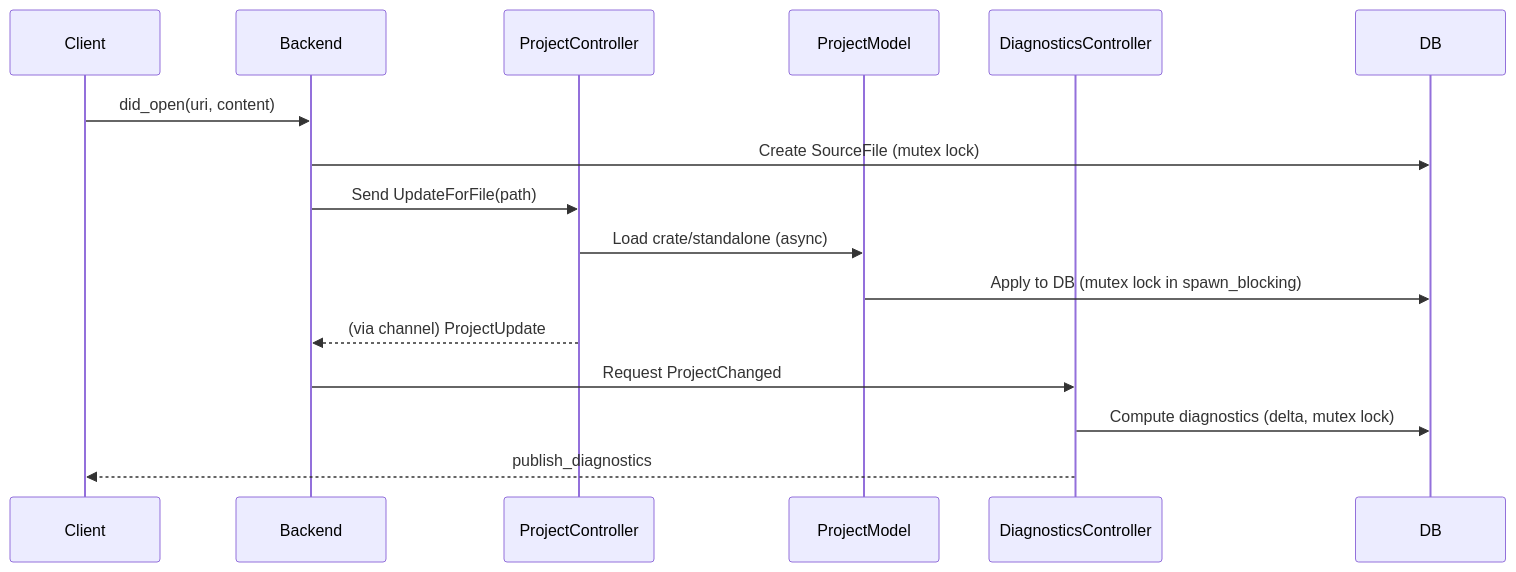
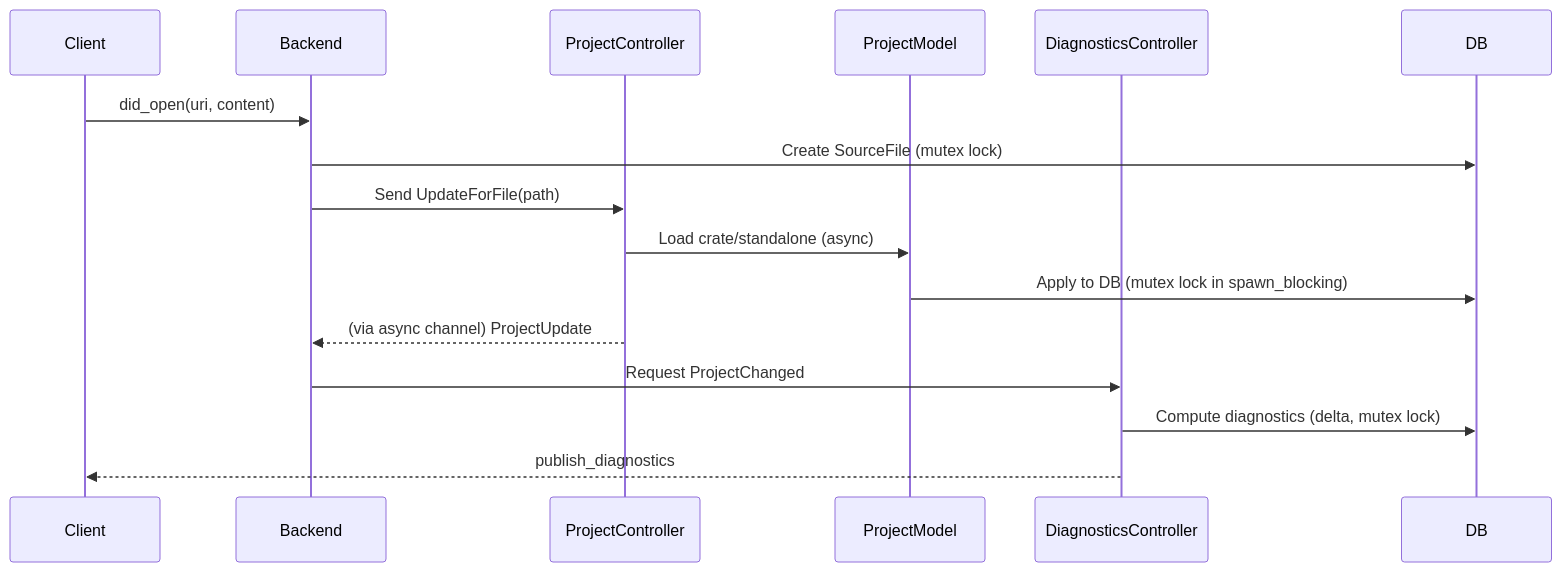
The second of 4 diagrams in crates/cairo-m-ls/docs/design.md (kkrt-labs/cairo-m), drawn with Mermaid before and after one commit. The commit also changed other lines of this file and 11 other files, not shown here.

````diff
--- a/crates/cairo-m-ls/docs/design.md
+++ b/crates/cairo-m-ls/docs/design.md
@@ -151,19 +152,19 @@
 ```mermaid
 sequenceDiagram
     participant Client
     participant Backend
     participant ProjectController
     participant ProjectModel
     participant DiagnosticsController
     participant DB
 
     Client->>Backend: did_open(uri, content)
     Backend->>DB: Create SourceFile (mutex lock)
     Backend->>ProjectController: Send UpdateForFile(path)
     ProjectController->>ProjectModel: Load crate/standalone (async)
     ProjectModel->>DB: Apply to DB (mutex lock in spawn_blocking)
-    ProjectController-->>Backend: (via channel) ProjectUpdate
+    ProjectController-->>Backend: (via async channel) ProjectUpdate
     Backend->>DiagnosticsController: Request ProjectChanged
     DiagnosticsController->>DB: Compute diagnostics (delta, mutex lock)
     DiagnosticsController-->>Client: publish_diagnostics
 ```
````
